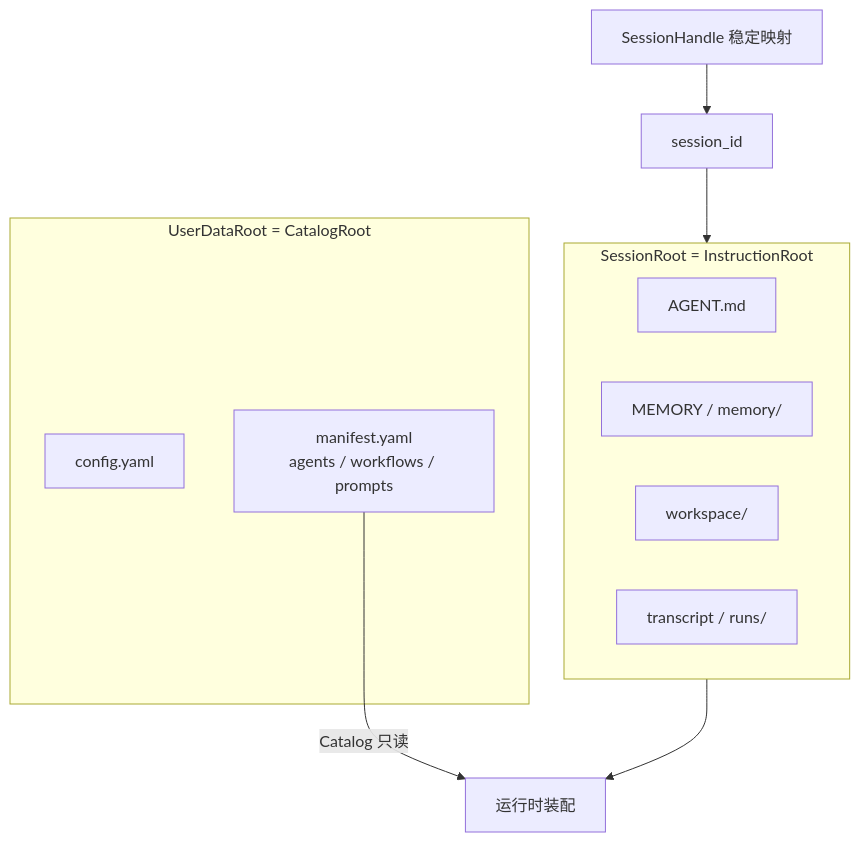
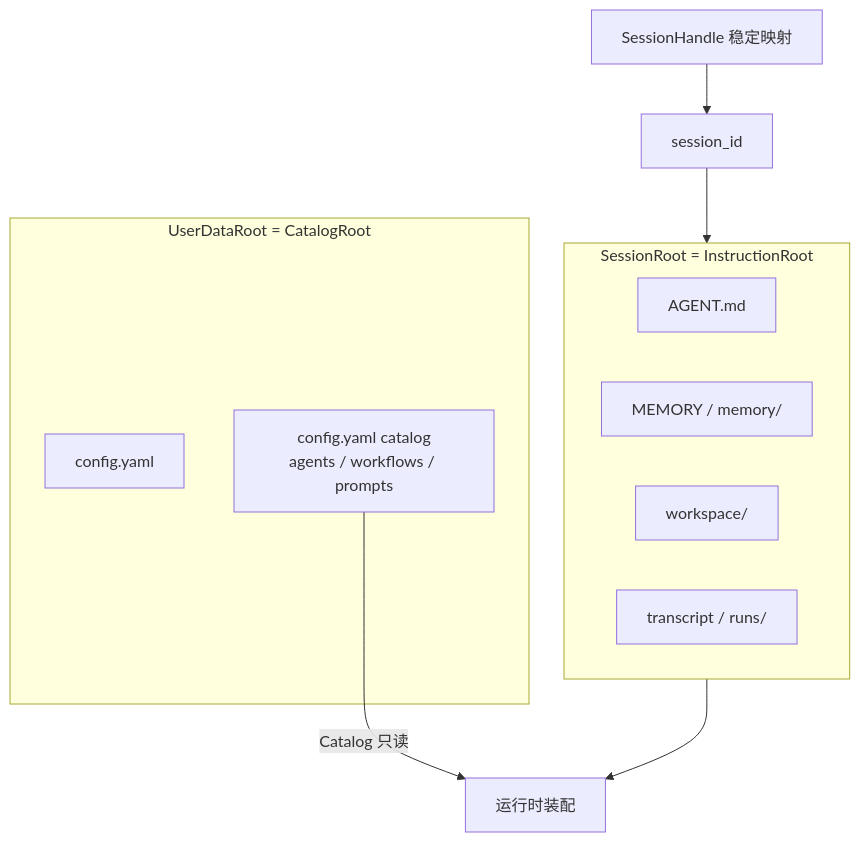
Before and after one commit to lengzhao/oneclaw: the seventh of 9 diagrams in docs/architecture.md, drawn with Mermaid. The commit also changed other lines of this file and 28 other files, not shown here.

Commit message:
remove manifest.yaml

````diff
--- a/docs/architecture.md
+++ b/docs/architecture.md
@@ -211,17 +211,17 @@
 ```mermaid
 flowchart TB
   subgraph global [UserDataRoot = CatalogRoot]
     CFG[config.yaml]
-    MAN[manifest.yaml<br/>agents / workflows / prompts]
+    MAN[config.yaml catalog<br/>agents / workflows / prompts]
   end
   subgraph session [SessionRoot = InstructionRoot]
     AG[AGENT.md]
     MEM[MEMORY / memory/]
     WS[workspace/]
     TR[transcript / runs/]
   end
   SH[SessionHandle 稳定映射] --> SID[session_id]
   SID --> session
   MAN -->|Catalog 只读| RUN[运行时装配]
   session --> RUN
 ```
````
